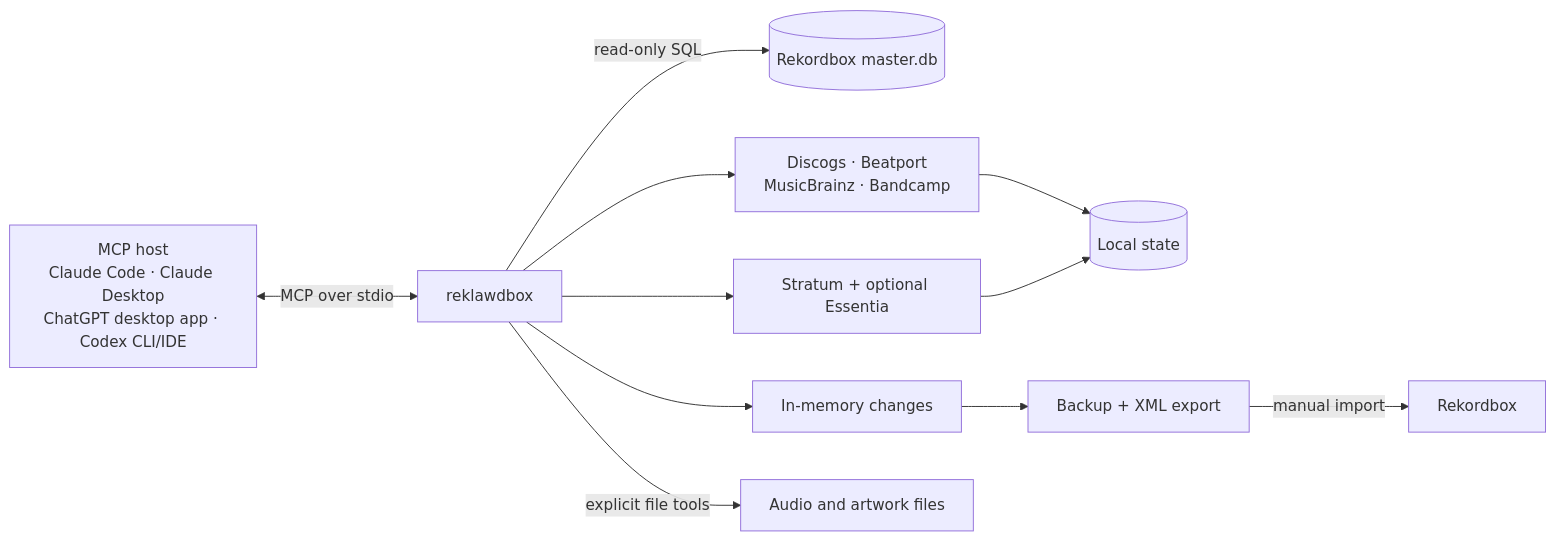
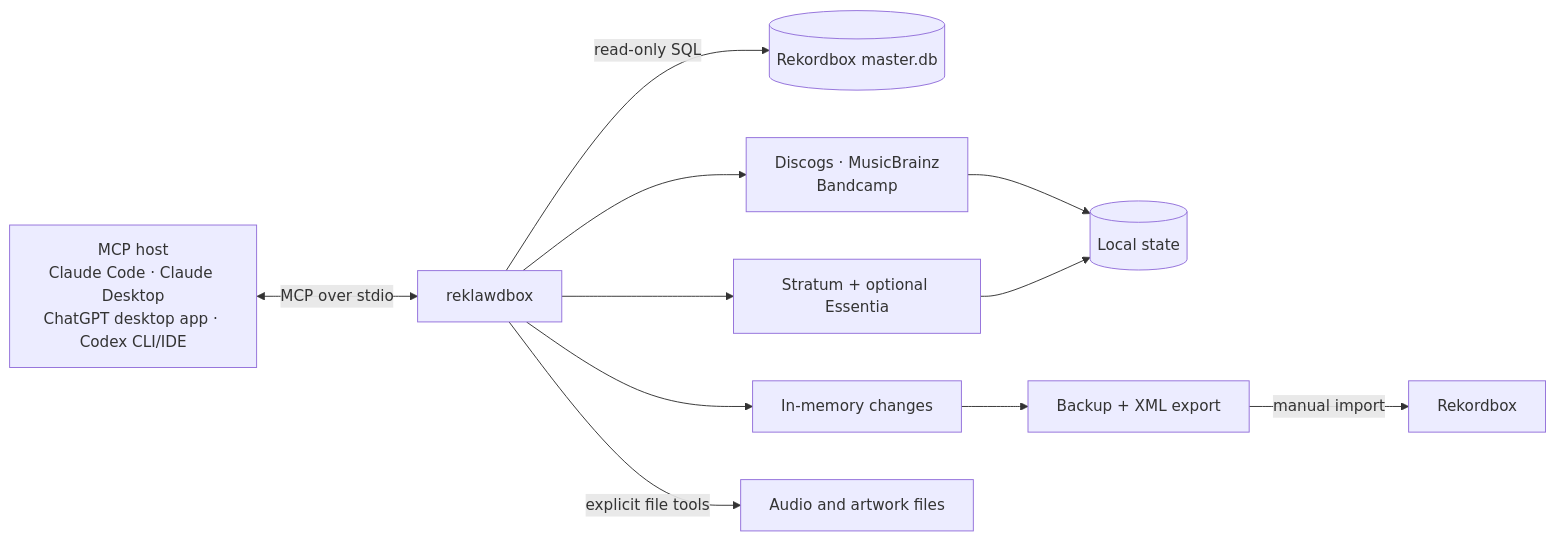
The diagram in README.md (ryan-voitiskis/reklawdbox), drawn with Mermaid before and after one commit. The commit also changed other lines of this file and 75 other files, not shown here.

````diff
--- a/README.md
+++ b/README.md
@@ -137,16 +137,16 @@
 ```mermaid
 flowchart LR
     host["MCP host<br/>Claude Code · Claude Desktop<br/>ChatGPT desktop app · Codex CLI/IDE"] <-->|"MCP over stdio"| app["reklawdbox"]
 
     app -->|"read-only SQL"| db[("Rekordbox master.db")]
-    app --> providers["Discogs · Beatport<br/>MusicBrainz · Bandcamp"]
+    app --> providers["Discogs · MusicBrainz<br/>Bandcamp"]
     app --> analysis["Stratum + optional Essentia"]
     providers --> state[("Local state")]
     analysis --> state
 
     app --> staged["In-memory changes"]
     staged --> export["Backup + XML export"]
     export -->|"manual import"| rekordbox["Rekordbox"]
 
     app -->|"explicit file tools"| files["Audio and artwork files"]
 ```
````
